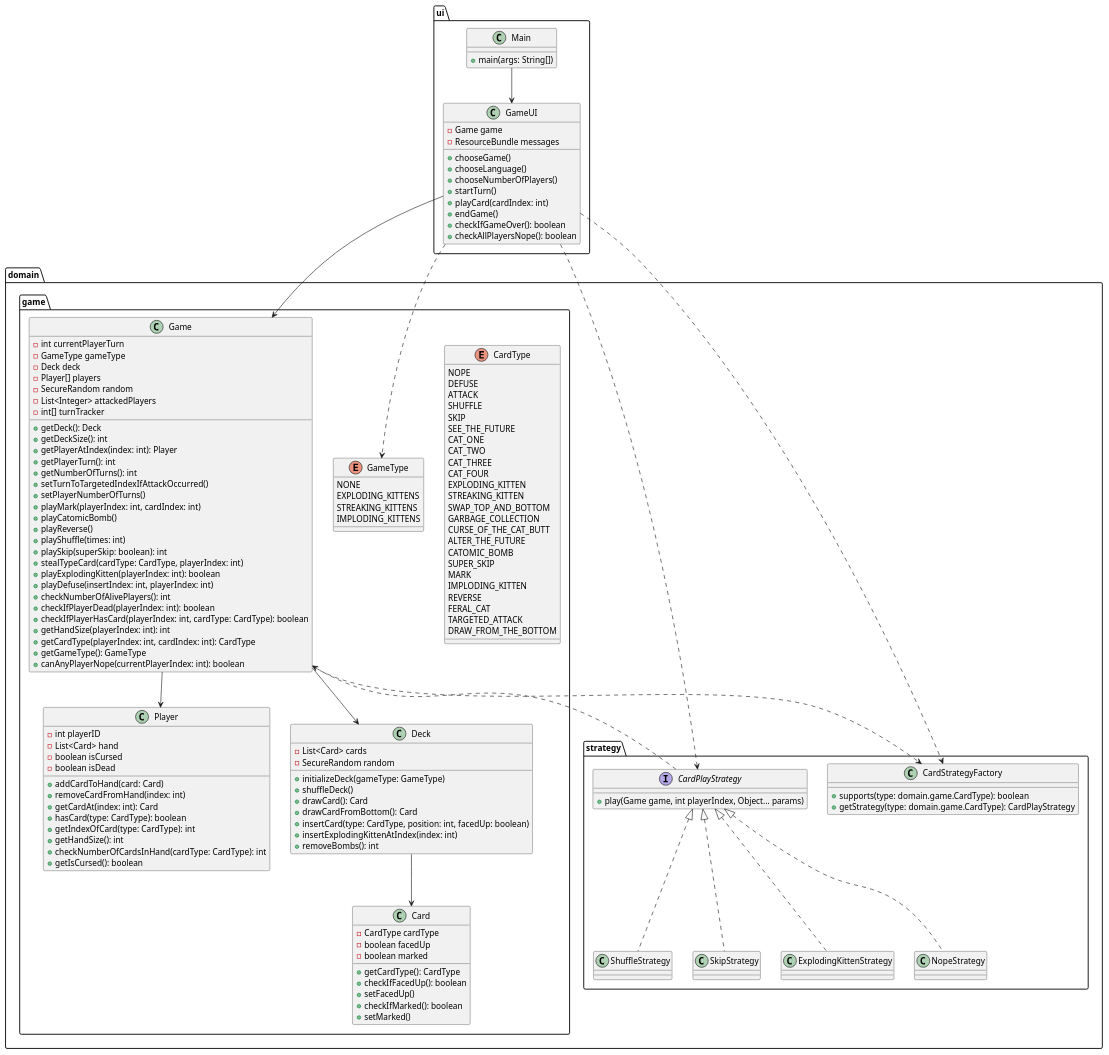
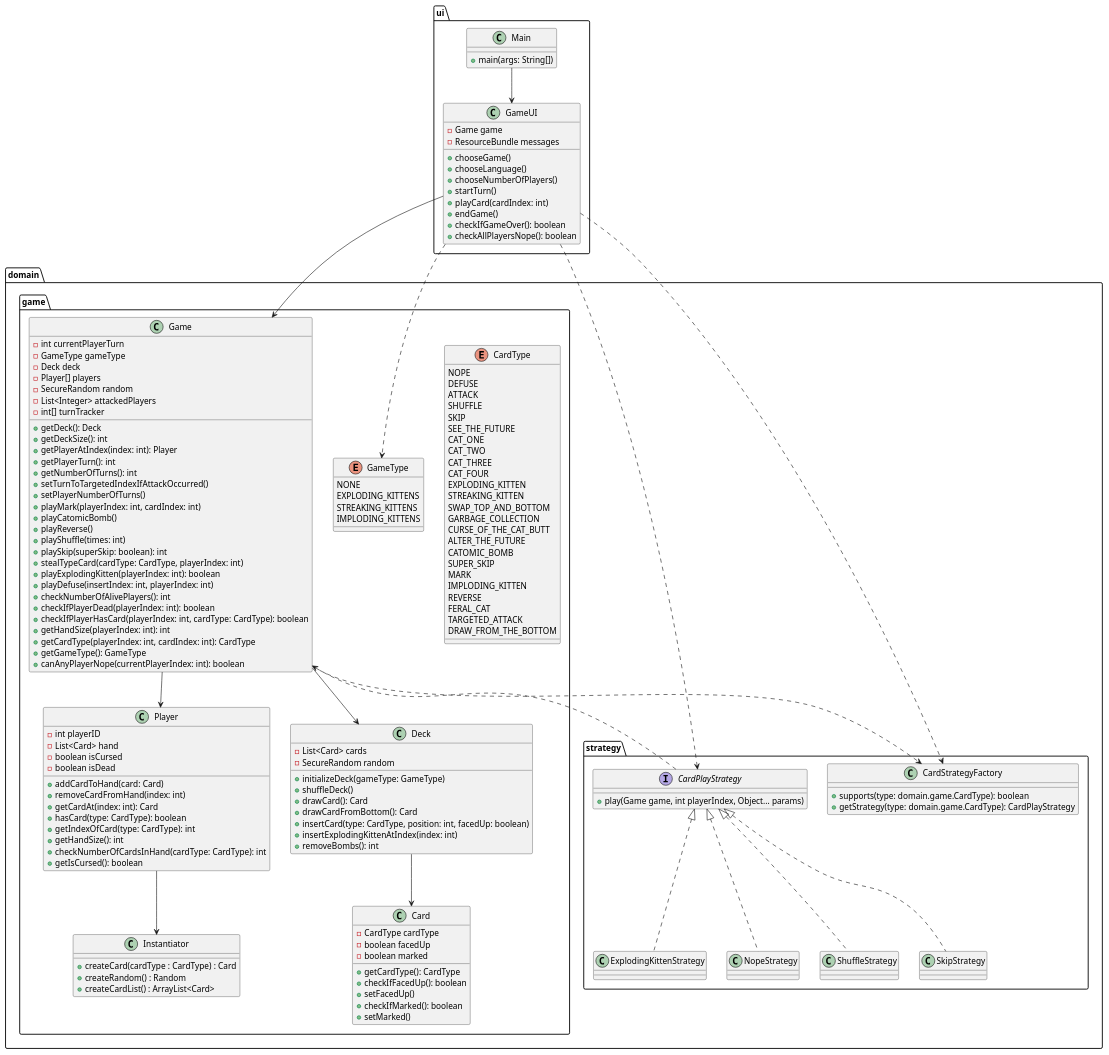
Before and after one commit to nu-cs-sw-design/project-20252601-tk: the diagram in project-refactor-kitten-codebase-20252601-trentonki-main/docs/design/new.puml, drawn with PlantUML. The commit also changed 1 other file, not shown here.

```diff
--- a/project-refactor-kitten-codebase-20252601-trentonki-main/docs/design/new.puml
+++ b/project-refactor-kitten-codebase-20252601-trentonki-main/docs/design/new.puml
@@ -1,154 +1,161 @@
 @startuml
 package ui {
   class Main {
     + main(args: String[])
   }
 
   class GameUI {
     - Game game
     - ResourceBundle messages
     + chooseGame()
     + chooseLanguage()
     + chooseNumberOfPlayers()
     + startTurn()
     + playCard(cardIndex: int)
     + endGame()
     + checkIfGameOver(): boolean
     + checkAllPlayersNope(): boolean
   }
 }
 
 package domain.game {
   enum CardType {
     NOPE
     DEFUSE
     ATTACK
     SHUFFLE
     SKIP
     SEE_THE_FUTURE
     CAT_ONE
     CAT_TWO
     CAT_THREE
     CAT_FOUR
     EXPLODING_KITTEN
     STREAKING_KITTEN
     SWAP_TOP_AND_BOTTOM
     GARBAGE_COLLECTION
     CURSE_OF_THE_CAT_BUTT
     ALTER_THE_FUTURE
     CATOMIC_BOMB
     SUPER_SKIP
     MARK
     IMPLODING_KITTEN
     REVERSE
     FERAL_CAT
     TARGETED_ATTACK
     DRAW_FROM_THE_BOTTOM
   }
 
   enum GameType {
     NONE
     EXPLODING_KITTENS
     STREAKING_KITTENS
     IMPLODING_KITTENS
   }
 
   class Card {
     - CardType cardType
     - boolean facedUp
     - boolean marked
     + getCardType(): CardType
     + checkIfFacedUp(): boolean
     + setFacedUp()
     + checkIfMarked(): boolean
     + setMarked()
   }
 
   class Player {
     - int playerID
     - List<Card> hand
     - boolean isCursed
     - boolean isDead
     + addCardToHand(card: Card)
     + removeCardFromHand(index: int)
     + getCardAt(index: int): Card
     + hasCard(type: CardType): boolean
     + getIndexOfCard(type: CardType): int
     + getHandSize(): int
     + checkNumberOfCardsInHand(cardType: CardType): int
     + getIsCursed(): boolean
   }
 
   class Deck {
     - List<Card> cards
     - SecureRandom random
     + initializeDeck(gameType: GameType)
     + shuffleDeck()
     + drawCard(): Card
     + drawCardFromBottom(): Card
     + insertCard(type: CardType, position: int, facedUp: boolean)
     + insertExplodingKittenAtIndex(index: int)
     + removeBombs(): int
   }
 
   class Game {
     - int currentPlayerTurn
     - GameType gameType
     - Deck deck
     - Player[] players
     - SecureRandom random
     - List<Integer> attackedPlayers
     - int[] turnTracker
     + getDeck(): Deck
     + getDeckSize(): int
     + getPlayerAtIndex(index: int): Player
     + getPlayerTurn(): int
     + getNumberOfTurns(): int
     + setTurnToTargetedIndexIfAttackOccurred()
     + setPlayerNumberOfTurns()
     + playMark(playerIndex: int, cardIndex: int)
     + playCatomicBomb()
     + playReverse()
     + playShuffle(times: int)
     + playSkip(superSkip: boolean): int
     + stealTypeCard(cardType: CardType, playerIndex: int)
     + playExplodingKitten(playerIndex: int): boolean
     + playDefuse(insertIndex: int, playerIndex: int)
     + checkNumberOfAlivePlayers(): int
     + checkIfPlayerDead(playerIndex: int): boolean
     + checkIfPlayerHasCard(playerIndex: int, cardType: CardType): boolean
     + getHandSize(playerIndex: int): int
     + getCardType(playerIndex: int, cardIndex: int): CardType
     + getGameType(): GameType
     + canAnyPlayerNope(currentPlayerIndex: int): boolean
   }
+
+  class Instantiator {
+          + createCard(cardType : CardType) : Card
+          + createRandom() : Random
+          + createCardList() : ArrayList<Card>
+      }
 }
 
 package domain.strategy {
   interface CardPlayStrategy {
     + play(Game game, int playerIndex, Object... params)
   }
 
   class CardStrategyFactory {
     + supports(type: domain.game.CardType): boolean
     + getStrategy(type: domain.game.CardType): CardPlayStrategy
   }
 }
 
 ui.Main --> ui.GameUI
 ui.GameUI --> domain.game.Game
 ui.GameUI ..> domain.game.GameType
 ui.GameUI ..> domain.strategy.CardStrategyFactory
 ui.GameUI ..> domain.strategy.CardPlayStrategy
 
 domain.game.Game --> domain.game.Player
 domain.game.Game --> domain.game.Deck
 domain.game.Deck --> domain.game.Card
 domain.game.Game ..> domain.strategy.CardStrategyFactory
+domain.game.Player --> domain.game.Instantiator
 domain.strategy.CardPlayStrategy ..> domain.game.Game
 domain.strategy.CardPlayStrategy <|.. domain.strategy.ExplodingKittenStrategy
 domain.strategy.CardPlayStrategy <|.. domain.strategy.NopeStrategy
 domain.strategy.CardPlayStrategy <|.. domain.strategy.ShuffleStrategy
 domain.strategy.CardPlayStrategy <|.. domain.strategy.SkipStrategy
 
 @enduml
```
